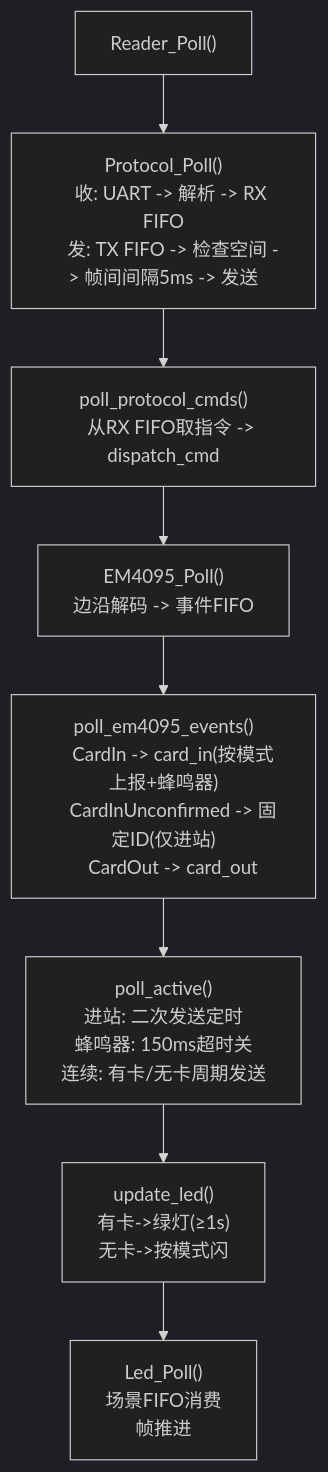
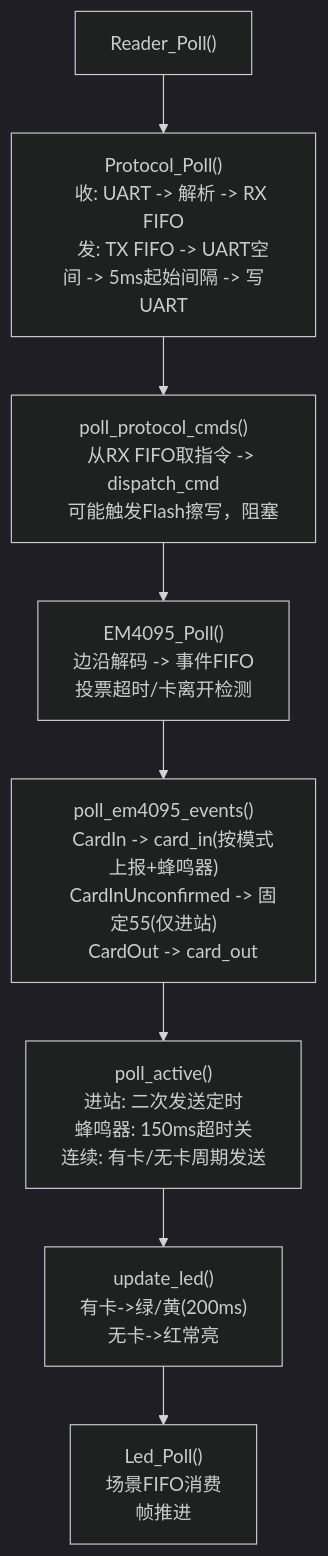
The tenth of 10 diagrams in 工作/SR3读卡器/260804SR3框架整理.md (Siaiai/ObsidianNote), drawn with Mermaid (dark theme) before and after one commit. The commit also changed other lines of this file and 2 other files, not shown here.

````diff
--- a/工作/SR3读卡器/260804SR3框架整理.md
+++ b/工作/SR3读卡器/260804SR3框架整理.md
@@ -482,40 +691,42 @@
 ```mermaid
 flowchart TB
     POLL["Reader_Poll()"]
 
     P1["Protocol_Poll()
     收: UART -> 解析 -> RX FIFO
-    发: TX FIFO -> 检查空间 -> 帧间间隔5ms -> 发送"]
+    发: TX FIFO -> UART空间 -> 5ms起始间隔 -> 写UART"]
 
     P2["poll_protocol_cmds()
-    从RX FIFO取指令 -> dispatch_cmd"]
+    从RX FIFO取指令 -> dispatch_cmd
+    可能触发Flash擦写，阻塞"]
 
     P3["EM4095_Poll()
-    边沿解码 -> 事件FIFO"]
+    边沿解码 -> 事件FIFO
+    投票超时/卡离开检测"]
 
     P4["poll_em4095_events()
     CardIn -> card_in(按模式上报+蜂鸣器)
-    CardInUnconfirmed -> 固定ID(仅进站)
+    CardInUnconfirmed -> 固定55(仅进站)
     CardOut -> card_out"]
 
     P5["poll_active()
     进站: 二次发送定时
     蜂鸣器: 150ms超时关
     连续: 有卡/无卡周期发送"]
 
     P6["update_led()
-    有卡->绿灯(≥1s)
-    无卡->按模式闪"]
+    有卡->绿/黄(200ms)
+    无卡->红常亮"]
 
     P7["Led_Poll()
     场景FIFO消费
     帧推进"]
 
     POLL --> P1
     P1 --> P2
     P2 --> P3
     P3 --> P4
     P4 --> P5
     P5 --> P6
     P6 --> P7
 ```
````
